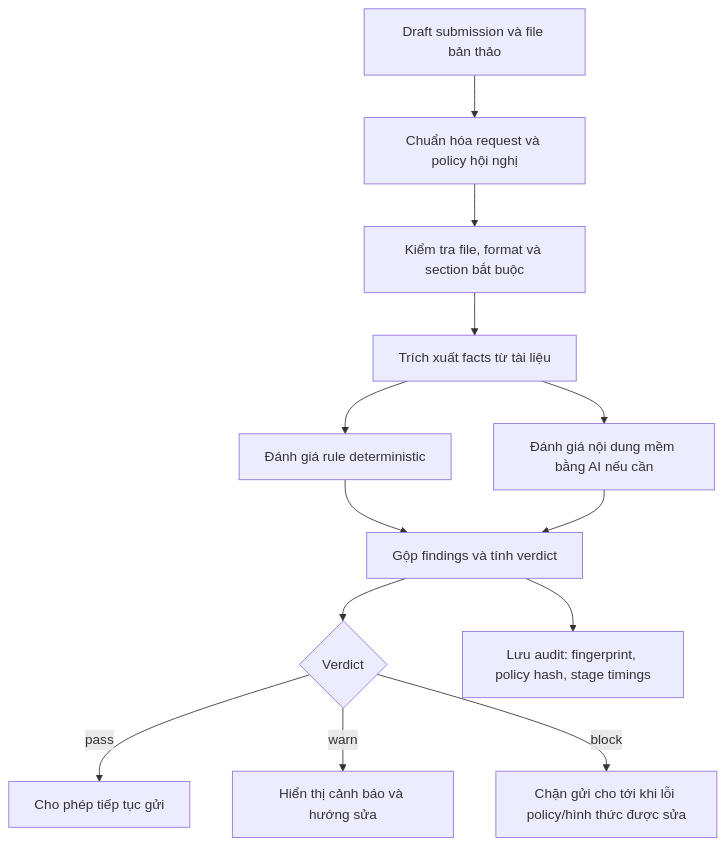
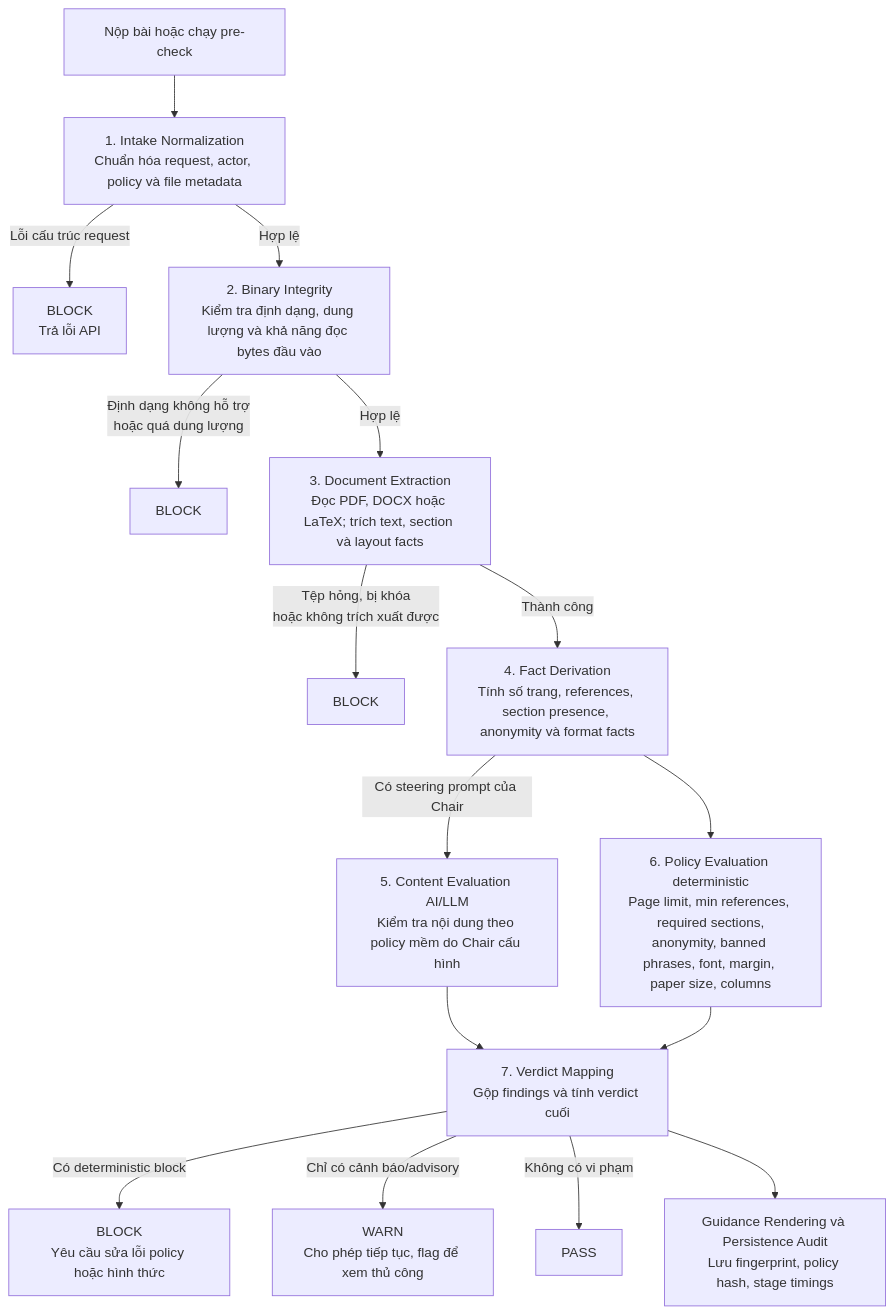
Diagram 18 of 26 in docs/report/compiled/final_combined/03-xay-dung-he-thong.md (5CLCsCan/ConferenceSpace), drawn with Mermaid before and after one commit. The commit also changed other lines of this file and 1 other file, not shown here.

Commit message:
Detail submission gating checks

````diff
--- a/docs/report/compiled/final_combined/03-xay-dung-he-thong.md
+++ b/docs/report/compiled/final_combined/03-xay-dung-he-thong.md
@@ -563,15 +563,18 @@
 ```mermaid
 flowchart TD
-    A["Draft submission và file bản thảo"] --> B["Chuẩn hóa request và policy hội nghị"]
-    B --> C["Kiểm tra file, format và section bắt buộc"]
-    C --> D["Trích xuất facts từ tài liệu"]
-    D --> E["Đánh giá rule deterministic"]
-    D --> F["Đánh giá nội dung mềm bằng AI nếu cần"]
-    E --> G["Gộp findings và tính verdict"]
-    F --> G
-    G --> H{"Verdict"}
-    H -- "pass" --> I["Cho phép tiếp tục gửi"]
-    H -- "warn" --> J["Hiển thị cảnh báo và hướng sửa"]
-    H -- "block" --> K["Chặn gửi cho tới khi lỗi policy/hình thức được sửa"]
-    G --> L["Lưu audit: fingerprint, policy hash, stage timings"]
+    A["Nộp bài hoặc chạy pre-check"] --> B["1. Intake Normalization<br/>Chuẩn hóa request, actor, policy và file metadata"]
+    B -- "Lỗi cấu trúc request" --> B0["BLOCK<br/>Trả lỗi API"]
+    B -- "Hợp lệ" --> C["2. Binary Integrity<br/>Kiểm tra định dạng, dung lượng và khả năng đọc bytes đầu vào"]
+    C -- "Định dạng không hỗ trợ<br/>hoặc quá dung lượng" --> C0["BLOCK"]
+    C -- "Hợp lệ" --> D["3. Document Extraction<br/>Đọc PDF, DOCX hoặc LaTeX; trích text, section và layout facts"]
+    D -- "Tệp hỏng, bị khóa<br/>hoặc không trích xuất được" --> D0["BLOCK"]
+    D -- "Thành công" --> E["4. Fact Derivation<br/>Tính số trang, references, section presence, anonymity và format facts"]
+    E -- "Có steering prompt của Chair" --> F["5. Content Evaluation AI/LLM<br/>Kiểm tra nội dung theo policy mềm do Chair cấu hình"]
+    E --> G["6. Policy Evaluation deterministic<br/>Page limit, min references, required sections,<br/>anonymity, banned phrases, font, margin, paper size, columns"]
+    F --> H["7. Verdict Mapping<br/>Gộp findings và tính verdict cuối"]
+    G --> H
+    H -- "Có deterministic block" --> I["BLOCK<br/>Yêu cầu sửa lỗi policy hoặc hình thức"]
+    H -- "Chỉ có cảnh báo/advisory" --> J["WARN<br/>Cho phép tiếp tục, flag để xem thủ công"]
+    H -- "Không có vi phạm" --> K["PASS"]
+    H --> L["Guidance Rendering và Persistence Audit<br/>Lưu fingerprint, policy hash, stage timings"]
 ```
````
